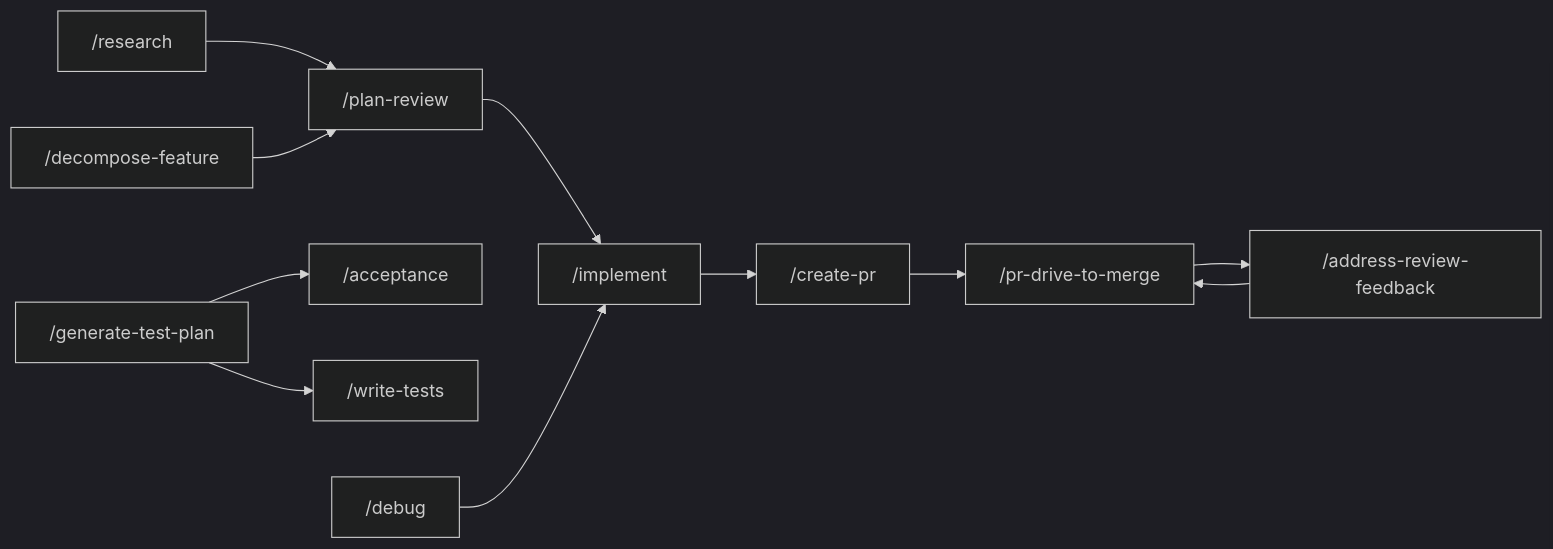
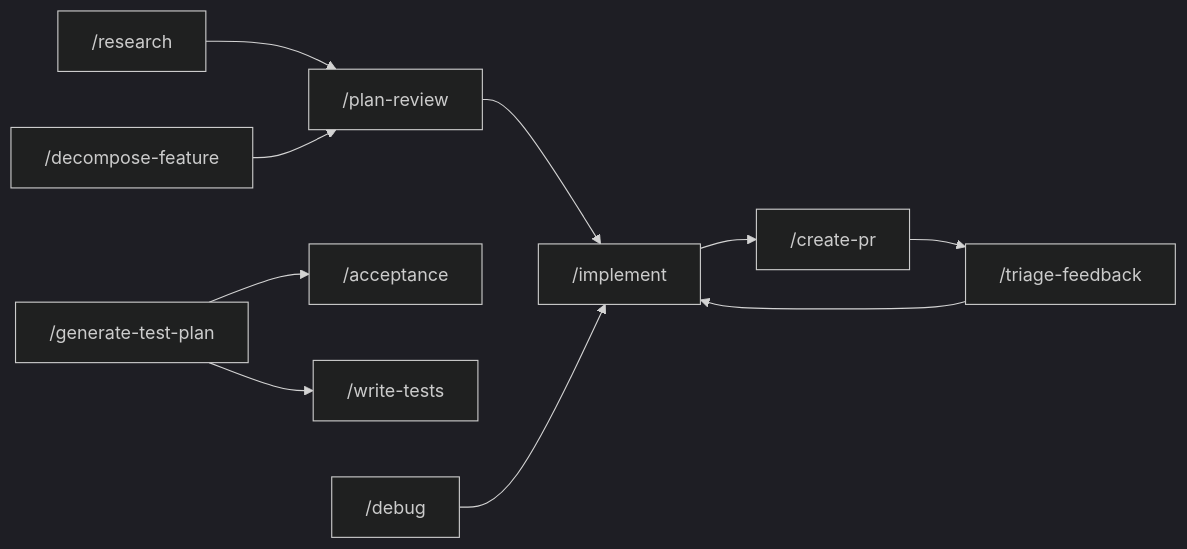
The seventh of 7 diagrams in docs/PLUGINS-GUIDE.md (kirich1409/maven-central-mcp), drawn with Mermaid (dark theme) before and after one commit. The commit also changed other lines of this file and 15 other files, not shown here.

First line of the commit message:
Replace pr-drive-to-merge and address-review-feedback with triage-feedback (#84)

````diff
--- a/docs/PLUGINS-GUIDE.md
+++ b/docs/PLUGINS-GUIDE.md
@@ -423,13 +420,12 @@
 ```mermaid
 flowchart LR
     research["/research"] --> planReview["/plan-review"]
     planReview --> impl["/implement"]
     decompose["/decompose-feature"] --> planReview
     impl --> createPR["/create-pr"]
-    createPR --> drive["/pr-drive-to-merge"]
-    drive --> feedback["/address-review-feedback"]
-    feedback --> drive
+    createPR --> triage["/triage-feedback"]
+    triage --> impl
     genPlan["/generate-test-plan"] --> testFeat["/acceptance"]
     genPlan --> writeTest["/write-tests"]
     debug["/debug"] --> impl
 ```
````
